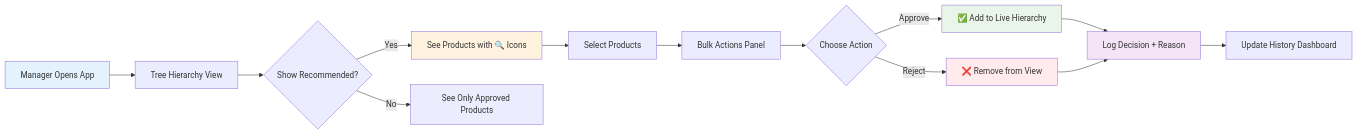
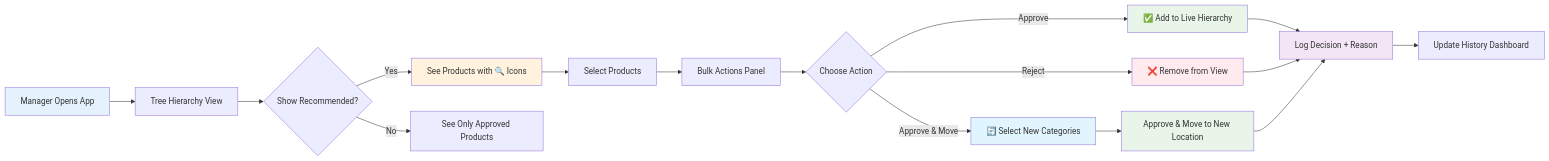
Before and after one commit to azen-alex/streamlit: the third of 6 diagrams in RECOMMENDED_PRODUCTS_PLAN.md, drawn with Mermaid. The commit also changed other lines of this file, not shown here.

First line of the commit message:
Add Approve & Move functionality to documentation

````diff
--- a/RECOMMENDED_PRODUCTS_PLAN.md
+++ b/RECOMMENDED_PRODUCTS_PLAN.md
@@ -188,21 +188,26 @@
 ```mermaid
 flowchart LR
     A[Manager Opens App] --> B[Tree Hierarchy View]
     B --> C{Show Recommended?}
     C -->|Yes| D[See Products with 🔍 Icons]
     C -->|No| E[See Only Approved Products]
     D --> F[Select Products]
     F --> G[Bulk Actions Panel]
     G --> H{Choose Action}
     H -->|Approve| I[✅ Add to Live Hierarchy]
     H -->|Reject| J[❌ Remove from View]
+    H -->|Approve & Move| K[🔄 Select New Categories]
     I --> L[Log Decision + Reason]
     J --> L
-    L --> M[Update History Dashboard]
+    K --> M[Approve & Move to New Location]
+    M --> L
+    L --> N[Update History Dashboard]
     
     style A fill:#e3f2fd
     style D fill:#fff3e0
     style I fill:#e8f5e8
     style J fill:#ffebee
+    style K fill:#e1f5fe
+    style M fill:#e8f5e8
     style L fill:#f3e5f5
 ```
````
